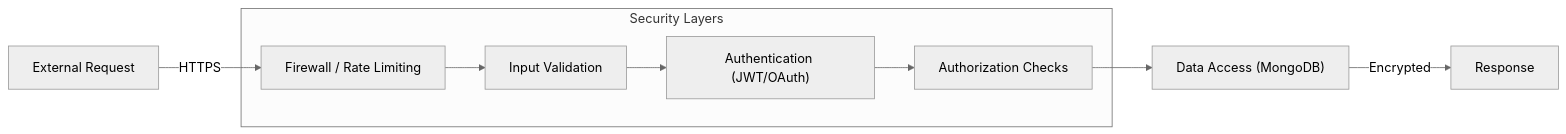
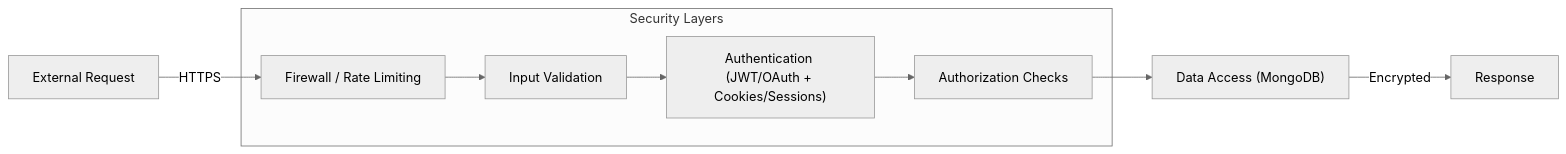
Before and after one commit to AnimePub/AniPub: the sixth of 6 diagrams in README.md, drawn with Mermaid (neutral theme). The commit also changed other lines of this file, not shown here.

````diff
--- a/README.md
+++ b/README.md
@@ -190,15 +204,15 @@
 ```mermaid
 graph LR
     A["External Request"] -->|HTTPS| B["Firewall / Rate Limiting"]
     B --> C["Input Validation"]
-    C --> D["Authentication (JWT/OAuth)"]
+    C --> D["Authentication (JWT/OAuth + Cookies/Sessions)"]
     D --> E["Authorization Checks"]
     E --> F["Data Access (MongoDB)"]
     F -->|Encrypted| G["Response"]
     subgraph "Security Layers"
         B
         C
         D
         E
     end
 ```
````
